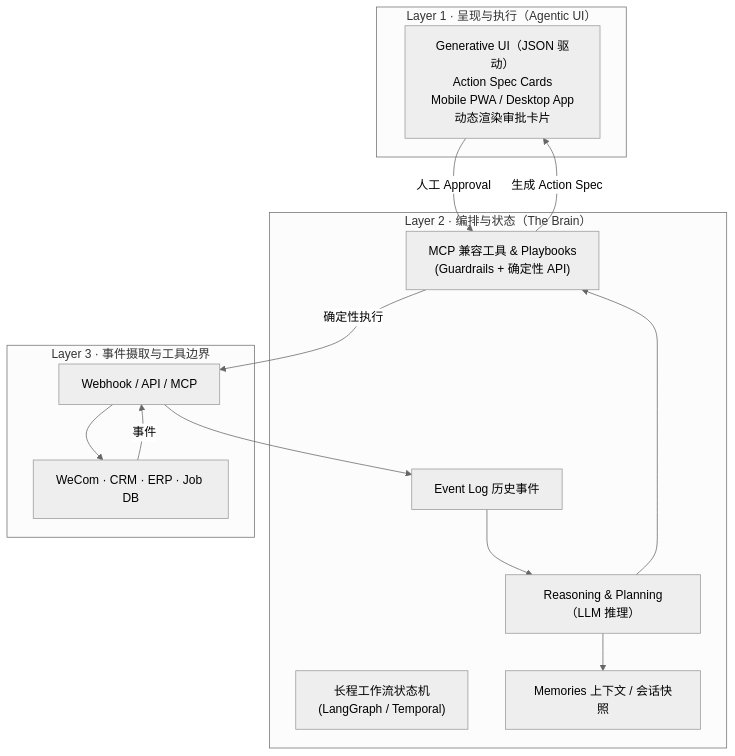
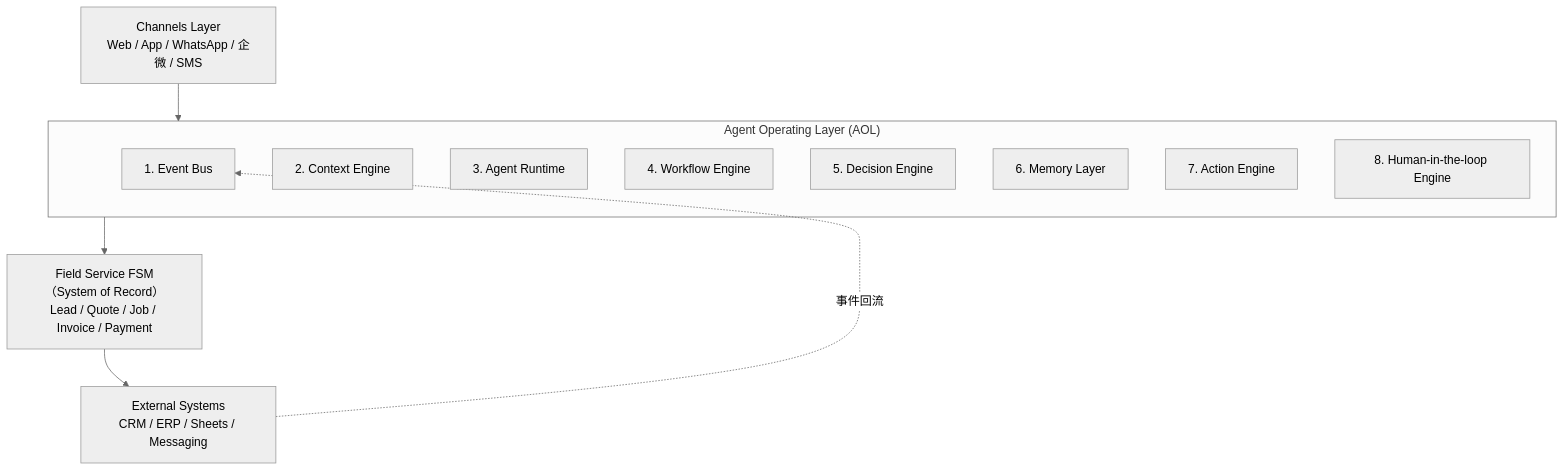
Before and after one commit to franksunye/agent-loop: the first of 2 diagrams in docs/public/PUB-02-architecture.md, drawn with Mermaid (neutral theme). The commit also changed other lines of this file and 6 other files, not shown here.

````diff
--- a/docs/public/PUB-02-architecture.md
+++ b/docs/public/PUB-02-architecture.md
@@ -15,24 +52,21 @@
 ```mermaid
 flowchart TB
-    subgraph L1["Layer 1 · 呈现与执行（Agentic UI）"]
-        UI["Generative UI（JSON 驱动）<br/>Action Spec Cards<br/>Mobile PWA / Desktop App<br/>动态渲染审批卡片"]
+    CH["Channels Layer<br/>Web / App / WhatsApp / 企微 / SMS"]
+    subgraph AOL["Agent Operating Layer (AOL)"]
+        A1["1. Event Bus"]
+        A2["2. Context Engine"]
+        A3["3. Agent Runtime"]
+        A4["4. Workflow Engine"]
+        A5["5. Decision Engine"]
+        A6["6. Memory Layer"]
+        A7["7. Action Engine"]
+        A8["8. Human-in-the-loop Engine"]
     end
-    subgraph L2["Layer 2 · 编排与状态（The Brain）"]
-        ORCH["长程工作流状态机<br/>(LangGraph / Temporal)"]
-        LOG["Event Log 历史事件"]
-        PLAN["Reasoning & Planning（LLM 推理）"]
-        MEM["Memories 上下文 / 会话快照"]
-        TOOLS["MCP 兼容工具 & Playbooks<br/>(Guardrails + 确定性 API)"]
-    end
-    subgraph L3["Layer 3 · 事件摄取与工具边界"]
-        BUS["Webhook / API / MCP"]
-        EXT["WeCom · CRM · ERP · Job DB"]
-    end
+    FSM["Field Service FSM（System of Record）<br/>Lead / Quote / Job / Invoice / Payment"]
+    EXT["External Systems<br/>CRM / ERP / Sheets / Messaging"]
 
-    EXT -->|事件| BUS --> LOG --> PLAN
-    PLAN --> MEM
-    PLAN --> TOOLS
-    TOOLS -->|生成 Action Spec| UI
-    UI -->|人工 Approval| TOOLS
-    TOOLS -->|确定性执行| BUS --> EXT
+    CH --> AOL
+    AOL --> FSM
+    FSM --> EXT
+    EXT -.事件回流.-> A1
 ```
````
